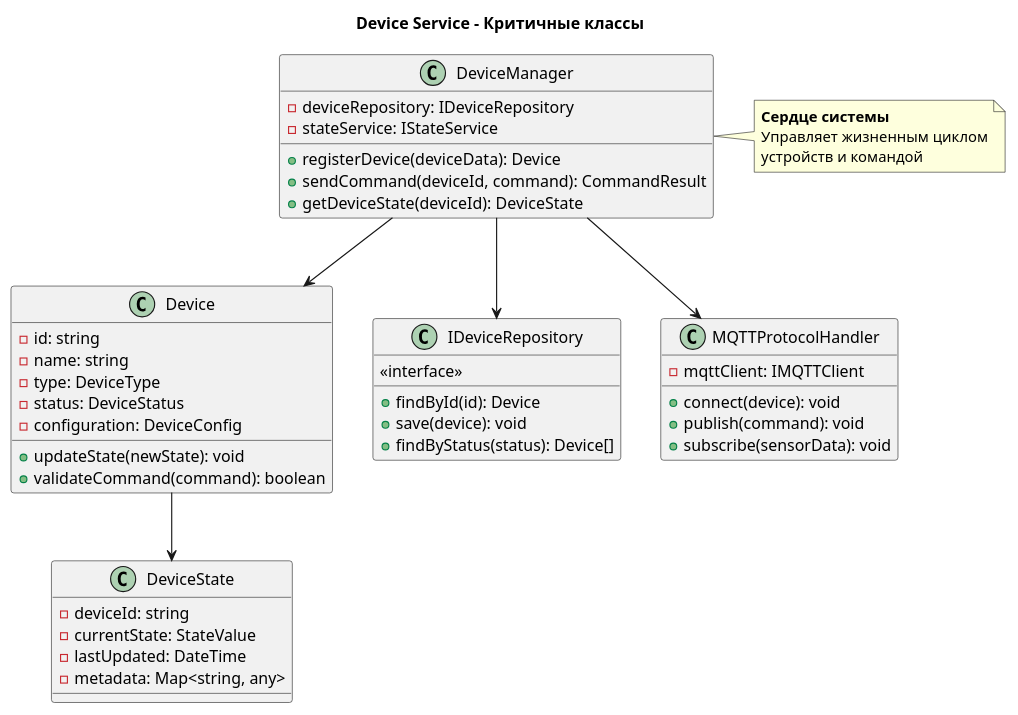
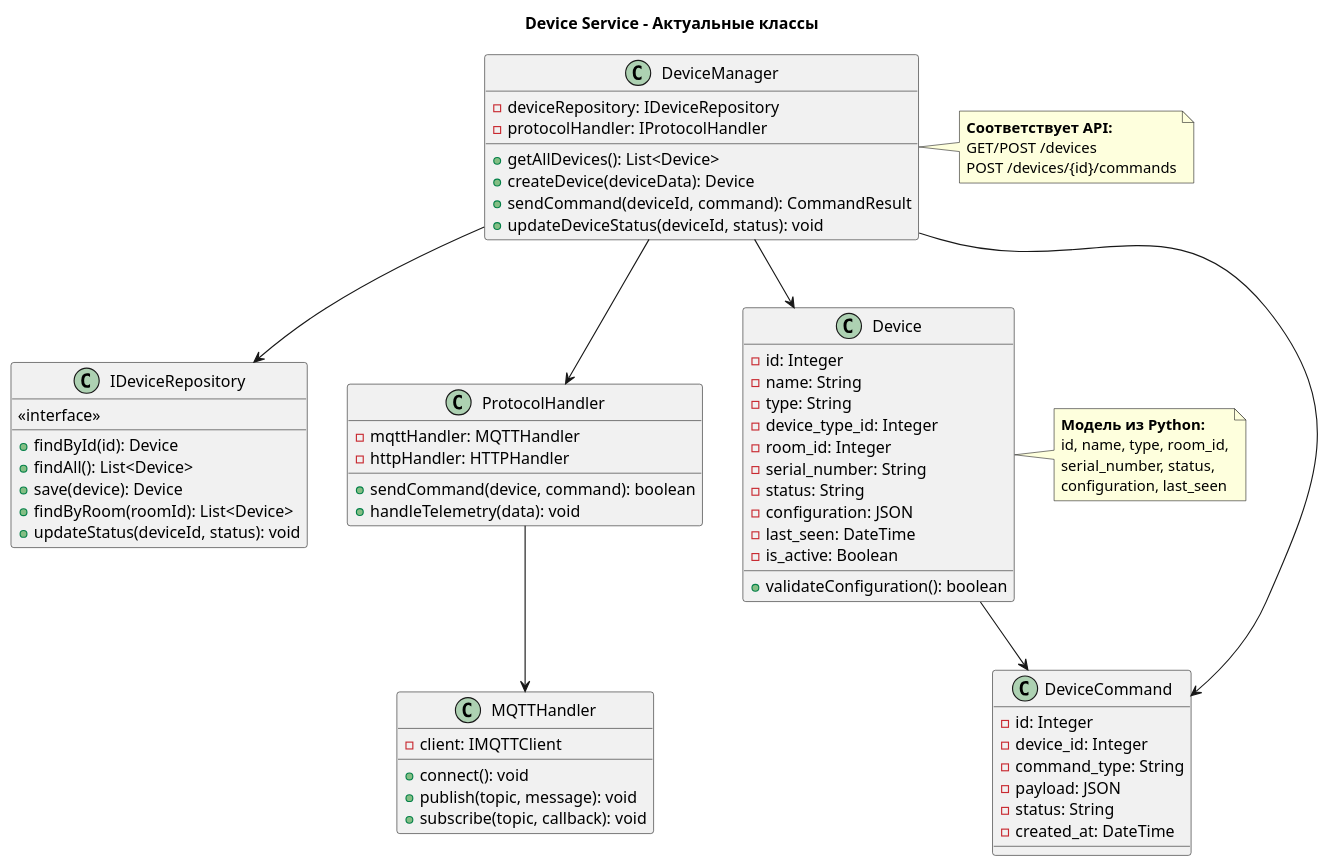
One commit to andrey5553/yandex-practicum-warmhouse changed the diagram in schemas/to-be/uml-class-diagram/device_service_classes.puml. Above: the diagram before and after it, drawn with PlantUML. The commit also changed 9 other files, not shown here.

```diff
--- a/schemas/to-be/uml-class-diagram/device_service_classes.puml
+++ b/schemas/to-be/uml-class-diagram/device_service_classes.puml
@@ -1,53 +1,78 @@
 @startuml
-title Device Service - Критичные классы
+title Device Service - Актуальные классы
 
 class DeviceManager {
   - deviceRepository: IDeviceRepository
-  - stateService: IStateService
-  + registerDevice(deviceData): Device
+  - protocolHandler: IProtocolHandler
+  + getAllDevices(): List<Device>
+  + createDevice(deviceData): Device
   + sendCommand(deviceId, command): CommandResult
-  + getDeviceState(deviceId): DeviceState
+  + updateDeviceStatus(deviceId, status): void
 }
 
 class Device {
-  - id: string
-  - name: string
-  - type: DeviceType
-  - status: DeviceStatus
-  - configuration: DeviceConfig
-  + updateState(newState): void
-  + validateCommand(command): boolean
+  - id: Integer
+  - name: String
+  - type: String
+  - device_type_id: Integer
+  - room_id: Integer
+  - serial_number: String
+  - status: String
+  - configuration: JSON
+  - last_seen: DateTime
+  - is_active: Boolean
+  + validateConfiguration(): boolean
 }
 
-class DeviceState {
-  - deviceId: string
-  - currentState: StateValue
-  - lastUpdated: DateTime
-  - metadata: Map<string, any>
+class DeviceCommand {
+  - id: Integer
+  - device_id: Integer
+  - command_type: String
+  - payload: JSON
+  - status: String
+  - created_at: DateTime
 }
 
 class IDeviceRepository {
   <<interface>>
   + findById(id): Device
-  + save(device): void
-  + findByStatus(status): Device[]
+  + findAll(): List<Device>
+  + save(device): Device
+  + findByRoom(roomId): List<Device>
+  + updateStatus(deviceId, status): void
 }
 
-class MQTTProtocolHandler {
-  - mqttClient: IMQTTClient
-  + connect(device): void
-  + publish(command): void
-  + subscribe(sensorData): void
+class ProtocolHandler {
+  - mqttHandler: MQTTHandler
+  - httpHandler: HTTPHandler
+  + sendCommand(device, command): boolean
+  + handleTelemetry(data): void
+}
+
+class MQTTHandler {
+  - client: IMQTTClient
+  + connect(): void
+  + publish(topic, message): void
+  + subscribe(topic, callback): void
 }
 
 DeviceManager --> IDeviceRepository
+DeviceManager --> ProtocolHandler
 DeviceManager --> Device
-DeviceManager --> MQTTProtocolHandler
-Device --> DeviceState
+DeviceManager --> DeviceCommand
+ProtocolHandler --> MQTTHandler
+Device --> DeviceCommand
 
 note right of DeviceManager
-  **Сердце системы**
-  Управляет жизненным циклом
-  устройств и командой
+  **Соответствует API:**
+  GET/POST /devices
+  POST /devices/{id}/commands
+end note
+
+note left of Device
+  **Модель из Python:**
+  id, name, type, room_id,
+  serial_number, status,
+  configuration, last_seen
 end note
 @enduml
```
